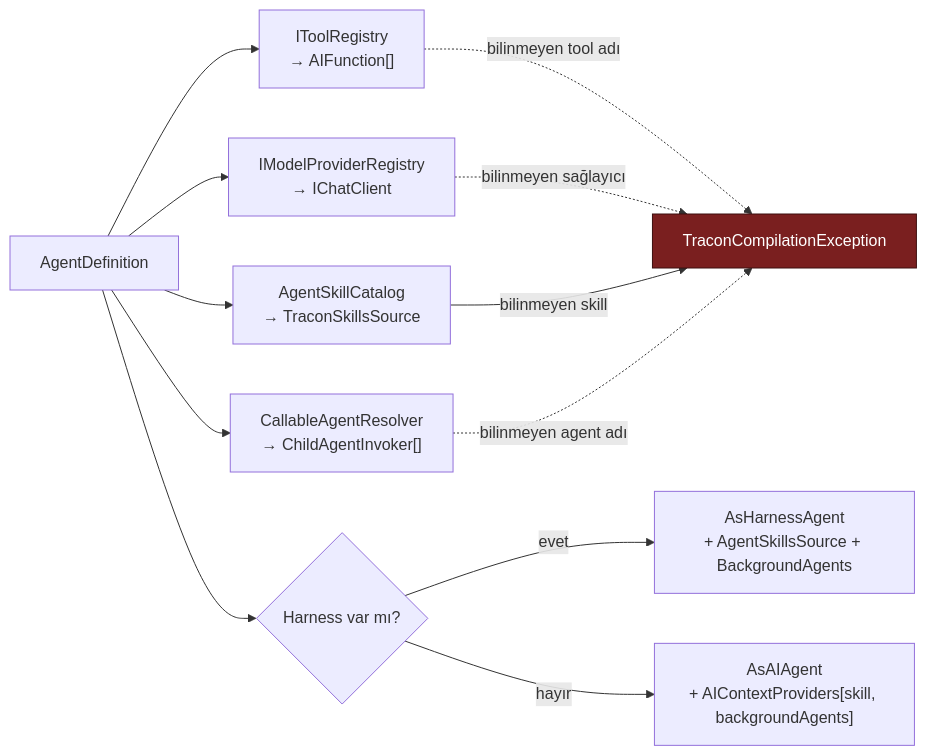
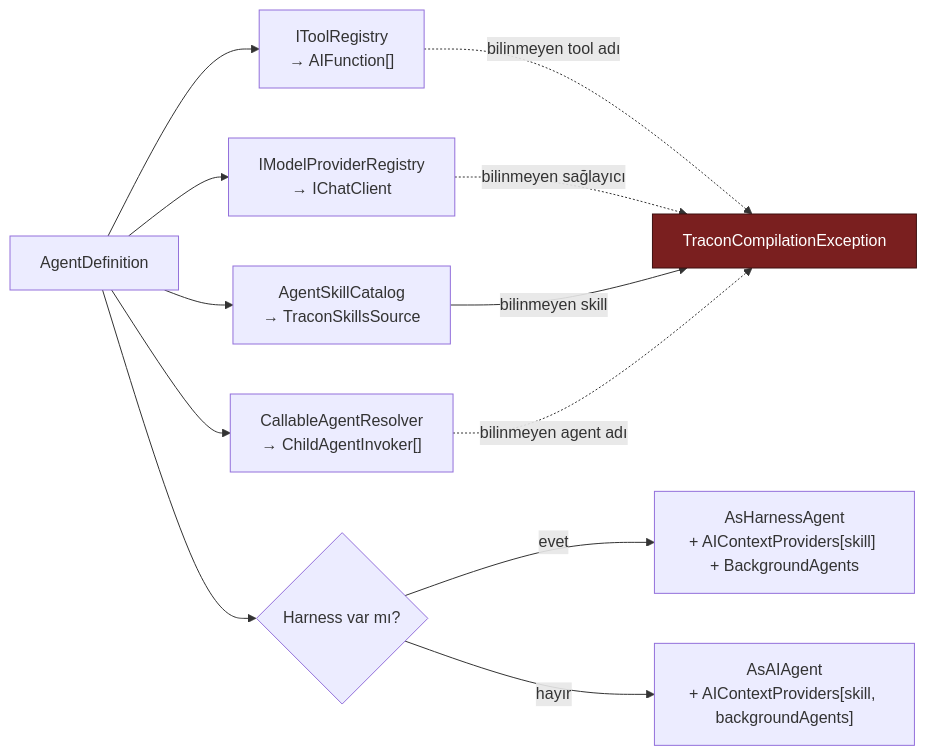
One commit to farukatasoy/Tracon changed the fifth of 7 diagrams in docs/MIMARI.md. Above: the diagram before and after it, drawn with Mermaid. The commit also changed 14 other files, not shown here.

````diff
--- a/docs/MIMARI.md
+++ b/docs/MIMARI.md
@@ -342,17 +342,17 @@
 ```mermaid
 flowchart LR
     D["AgentDefinition"] --> M["IModelProviderRegistry<br/>→ IChatClient"]
     D --> T["IToolRegistry<br/>→ AIFunction[]"]
     D --> S["AgentSkillCatalog<br/>→ TraconSkillsSource"]
     D --> G["CallableAgentResolver<br/>→ ChildAgentInvoker[]"]
     D --> H{"Harness var mı?"}
     T -.->|"bilinmeyen tool adı"| E["TraconCompilationException"]
     M -.->|"bilinmeyen sağlayıcı"| E
     S -->|"bilinmeyen skill"| E
     G -.->|"bilinmeyen agent adı"| E
-    H -->|"evet"| HA["AsHarnessAgent<br/>+ AgentSkillsSource + BackgroundAgents"]
+    H -->|"evet"| HA["AsHarnessAgent<br/>+ AIContextProviders[skill] + BackgroundAgents"]
     H -->|"hayır"| CA["AsAIAgent<br/>+ AIContextProviders[skill, backgroundAgents]"]
 
     classDef hata fill:#7a1f1f,stroke:#3d0f0f,color:#ffffff
     class E hata
 ```
````
